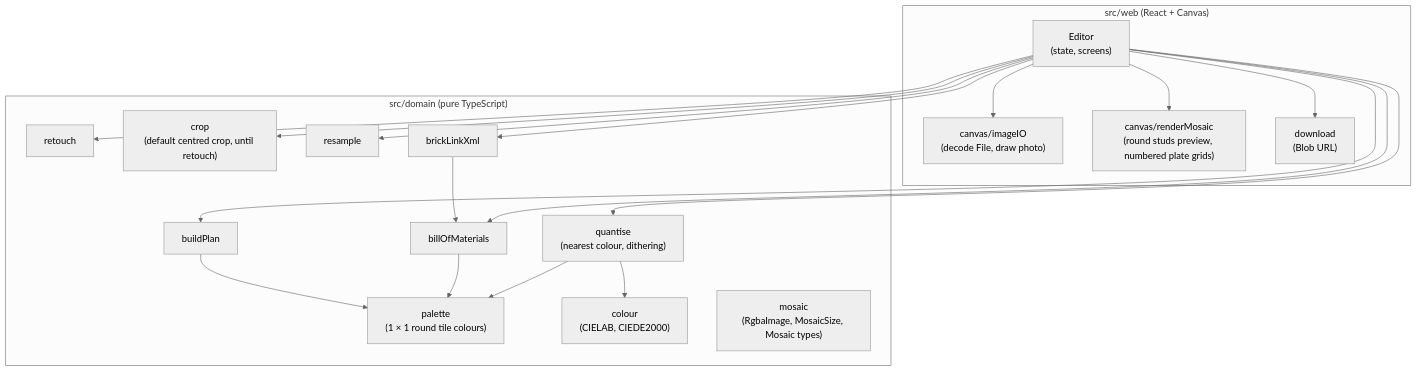
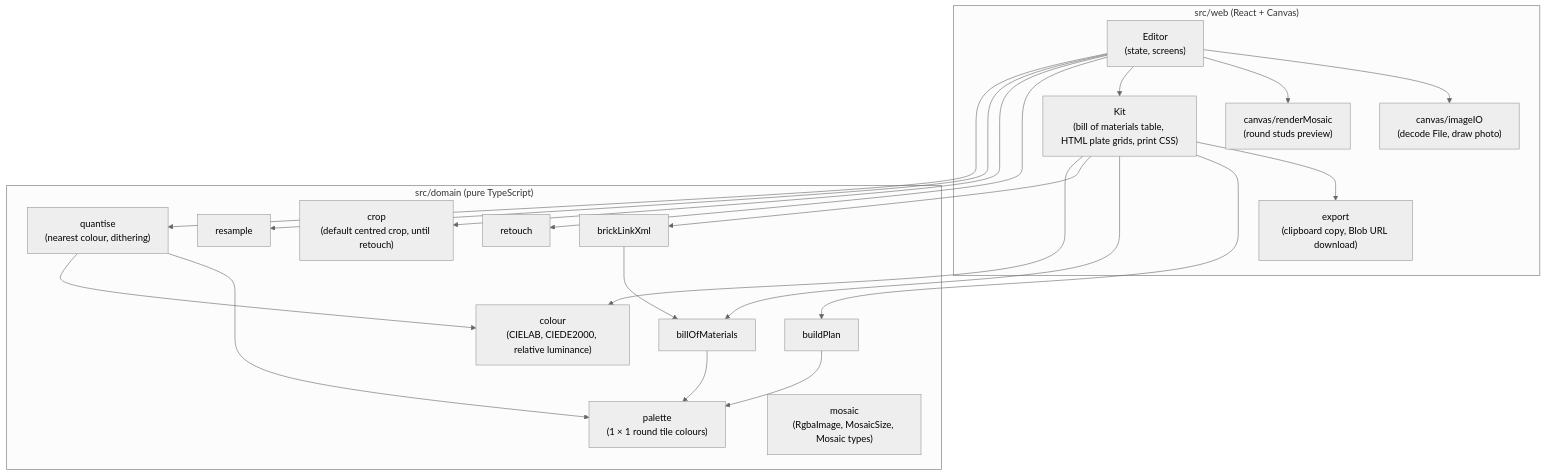
The diagram in docs/architecture/diagrams/mosaic/03-component.md (benoit-bremaud/brickpix), drawn with Mermaid (neutral theme) before and after one commit. The commit also changed other lines of this file and 48 other files, not shown here.

First line of the commit message:
feat(export): kit with build plan per plate, bill of materials and BrickLink list (#26)

````diff
--- a/docs/architecture/diagrams/mosaic/03-component.md
+++ b/docs/architecture/diagrams/mosaic/03-component.md
@@ -10,38 +10,41 @@
 ```mermaid
 flowchart TB
     subgraph web["src/web (React + Canvas)"]
         Editor["Editor<br/>(state, screens)"]
         ImageIO["canvas/imageIO<br/>(decode File, draw photo)"]
-        Render["canvas/renderMosaic<br/>(round studs preview, numbered plate grids)"]
-        Download["download<br/>(Blob URL)"]
+        Render["canvas/renderMosaic<br/>(round studs preview)"]
+        Kit["Kit<br/>(bill of materials table, HTML plate grids, print CSS)"]
+        Export["export<br/>(clipboard copy, Blob URL download)"]
     end
 
     subgraph domain["src/domain (pure TypeScript)"]
         Retouch["retouch"]
         Crop["crop<br/>(default centred crop, until retouch)"]
         Resample["resample"]
         Palette["palette<br/>(1 × 1 round tile colours)"]
         Quantise["quantise<br/>(nearest colour, dithering)"]
-        Colour["colour<br/>(CIELAB, CIEDE2000)"]
+        Colour["colour<br/>(CIELAB, CIEDE2000, relative luminance)"]
         Mosaic["mosaic<br/>(RgbaImage, MosaicSize, Mosaic types)"]
         Plan["buildPlan"]
         Bom["billOfMaterials"]
         BrickLink["brickLinkXml"]
     end
 
     Editor --> ImageIO
     Editor --> Render
-    Editor --> Download
+    Editor --> Kit
+    Kit --> Export
     Editor --> Retouch
     Editor --> Crop
     Editor --> Resample
     Editor --> Quantise
-    Editor --> Plan
-    Editor --> Bom
-    Editor --> BrickLink
+    Kit --> Plan
+    Kit --> Bom
+    Kit --> BrickLink
+    Kit --> Colour
     Quantise --> Palette
     Quantise --> Colour
     Bom --> Palette
     BrickLink --> Bom
     Plan --> Palette
 ```
````
